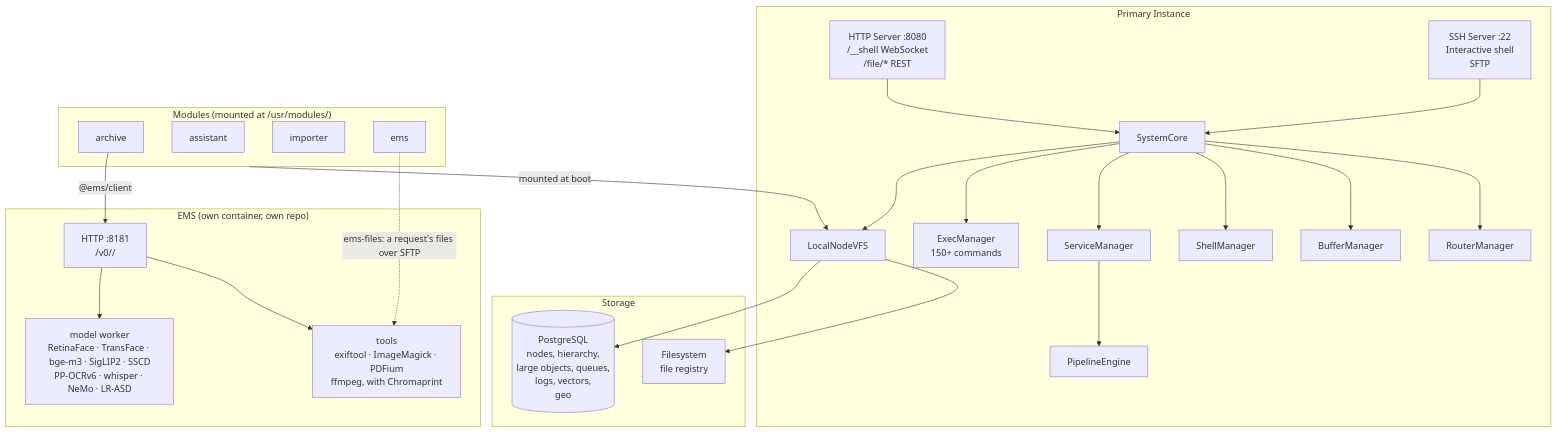
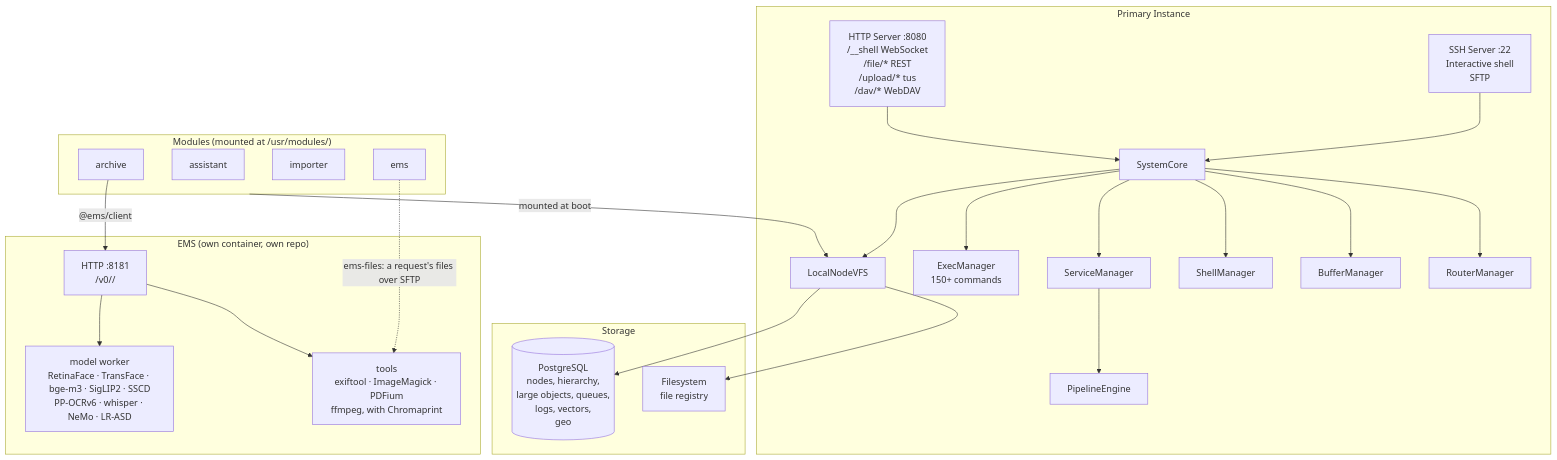
Before and after one commit to einhq/core: the first of 5 diagrams in docs/architecture.md, drawn with Mermaid. The commit also changed other lines of this file and 75 other files, not shown here.

First line of the commit message:
feat: the EiN app pairs by QR code and backs up photos, with WebDAV and resumable uploads

````diff
--- a/docs/architecture.md
+++ b/docs/architecture.md
@@ -11,50 +11,50 @@
 ```mermaid
 graph TB
     subgraph Primary["Primary Instance"]
-        HTTP["HTTP Server :8080\n/__shell WebSocket\n/file/* REST"]
+        HTTP["HTTP Server :8080\n/__shell WebSocket\n/file/* REST\n/upload/* tus\n/dav/* WebDAV"]
         SSH["SSH Server :22\nInteractive shell\nSFTP"]
         SYS["SystemCore"]
         VFS["LocalNodeVFS"]
         EM["ExecManager\n150+ commands"]
         SM["ServiceManager"]
         SHM["ShellManager"]
         PM["PipelineEngine"]
         BUF["BufferManager"]
         RTR["RouterManager"]
     end
 
     subgraph Storage["Storage"]
         PG[("PostgreSQL\nnodes, hierarchy,\nlarge objects, queues,\nlogs, vectors,\ngeo")]
         FS["Filesystem\nfile registry"]
     end
 
     subgraph EMS["EMS (own container, own repo)"]
         EMSAPI["HTTP :8181\n/v0/<ns>/<op>"]
         MODELS["model worker\nRetinaFace · TransFace · bge-m3 · SigLIP2 · SSCD\nPP-OCRv6 · whisper · NeMo · LR-ASD"]
         TOOLS["tools\nexiftool · ImageMagick · PDFium\nffmpeg, with Chromaprint"]
     end
 
     subgraph Modules["Modules (mounted at /usr/modules/)"]
         ARCHIVE["archive"]
         ASSIST["assistant"]
         IMPORTER["importer"]
         EMSMOD["ems"]
     end
 
     HTTP --> SYS
     SSH --> SYS
     SYS --> VFS
     SYS --> EM
     SYS --> SM
     SYS --> SHM
     SYS --> BUF
     SYS --> RTR
     SM --> PM
     VFS --> PG
     VFS --> FS
     Modules -->|"mounted at boot"| VFS
     ARCHIVE -->|"@ems/client"| EMSAPI
     EMSAPI --> MODELS
     EMSAPI --> TOOLS
     EMSMOD -.->|"ems-files: a request's files over SFTP"| TOOLS
 ```
````
